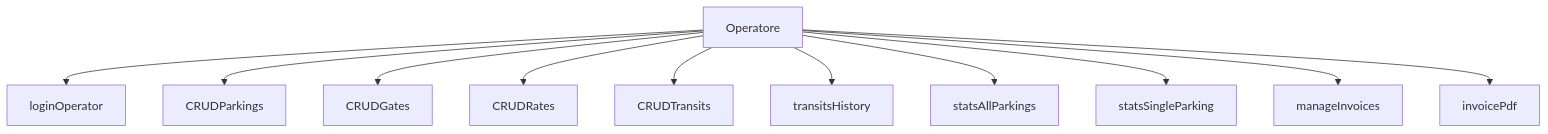
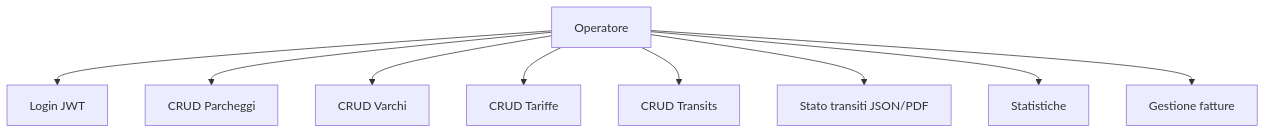
One commit to SbattellaMattia/ProgrammazioneAvanzata changed the first of 8 diagrams in README.md. Above: the diagram before and after it, drawn with Mermaid. The commit also changed other lines of this file, not shown here.

Commit message:
Refactor use case diagrams and actor definitions

````diff
--- a/README.md
+++ b/README.md
@@ -375,30 +375,25 @@
-``` mermaid
+```mermaid
 flowchart TB
-    %% Attori
-    Operatore["Operatore"]
+    %% Attore
+    DO["Operatore"]
 
-    %% Casi d'uso - Operatore
-    loginOperator
-    CRUDParkings
-    CRUDGates
-    CRUDRates
-    CRUDTransits
-    transitsHistory
-    statsAllParkings
-    statsSingleParking
-    manageInvoices
-    invoicePdf
+    %% Casi d'uso
+    loginDO[Login JWT]
+    CRUDParkings[CRUD Parcheggi]
+    CRUDGates[CRUD Varchi]
+    CRUDRates[CRUD Tariffe]
+    CRUDTransits[CRUD Transits]
+    transitsHistory[Stato transiti JSON/PDF]
+    statsAll[Statistiche]
+    manageInvoices[Gestione fatture]
 
-    %% Relazioni Operatore → casi d'uso
-    Operatore --> loginOperator
-    Operatore --> CRUDParkings
-    Operatore --> CRUDGates
-    Operatore --> CRUDRates
-    Operatore --> CRUDTransits
-    Operatore --> transitsHistory
-    Operatore --> statsAllParkings
-    Operatore --> statsSingleParking
-    Operatore --> manageInvoices
-    Operatore --> invoicePdf
-
+    %% Relazioni
+    DO --> loginDO
+    DO --> CRUDParkings
+    DO --> CRUDGates
+    DO --> CRUDRates
+    DO --> CRUDTransits
+    DO --> transitsHistory
+    DO --> statsAll
+    DO --> manageInvoices
 ```
````
